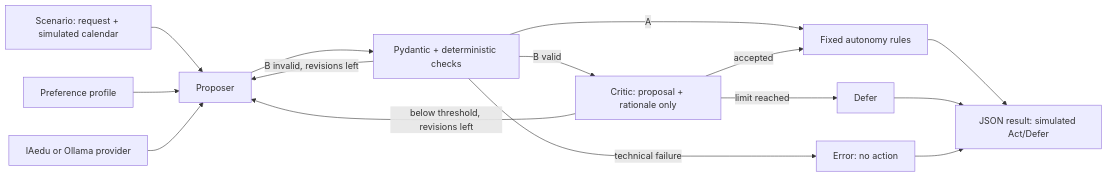
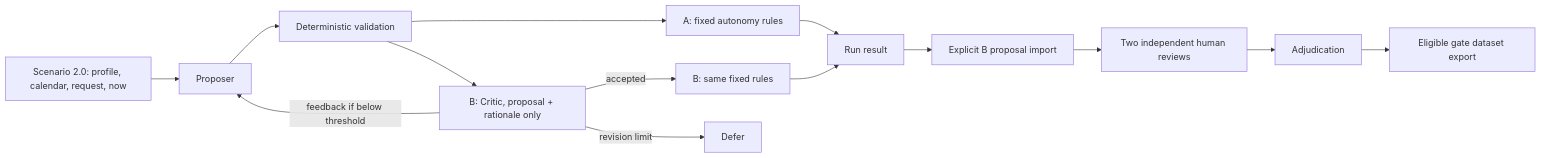
Before and after one commit to TiagoJMVital/HCAI_Project: the diagram in docs/02_ARCHITECTURE.md, drawn with Mermaid. The commit also changed other lines of this file and 318 other files, not shown here.

Commit message:
refactor: remove legacy workflow and consolidate v2 architecture

````diff
--- a/docs/02_ARCHITECTURE.md
+++ b/docs/02_ARCHITECTURE.md
@@ -13,17 +5,16 @@
 ```mermaid
 flowchart LR
-  S[Scenario: request + simulated calendar] --> P[Proposer]
-  U[Preference profile] --> P
-  L[IAedu or Ollama provider] --> P
-  P --> V[Pydantic + deterministic checks]
-  V -->|A| R[Fixed autonomy rules]
-  V -->|B valid| C[Critic: proposal + rationale only]
-  V -->|B invalid, revisions left| P
-  C -->|below threshold, revisions left| P
-  C -->|accepted| R
-  C -->|limit reached| D[Defer]
-  V -->|technical failure| E[Error: no action]
-  R --> O[JSON result: simulated Act/Defer]
-  D --> O
-  E --> O
+  S[Scenario 2.0: profile, calendar, request, now] --> P[Proposer]
+  P --> V[Deterministic validation]
+  V --> A[A: fixed autonomy rules]
+  V --> K[B: Critic, proposal + rationale only]
+  K -->|feedback if below threshold| P
+  K -->|accepted| R[B: same fixed rules]
+  K -->|revision limit| D[Defer]
+  R --> O[Run result]
+  A --> O
+  O --> I[Explicit B proposal import]
+  I --> H[Two independent human reviews]
+  H --> C[Adjudication]
+  C --> G[Eligible gate dataset export]
 ```
````
